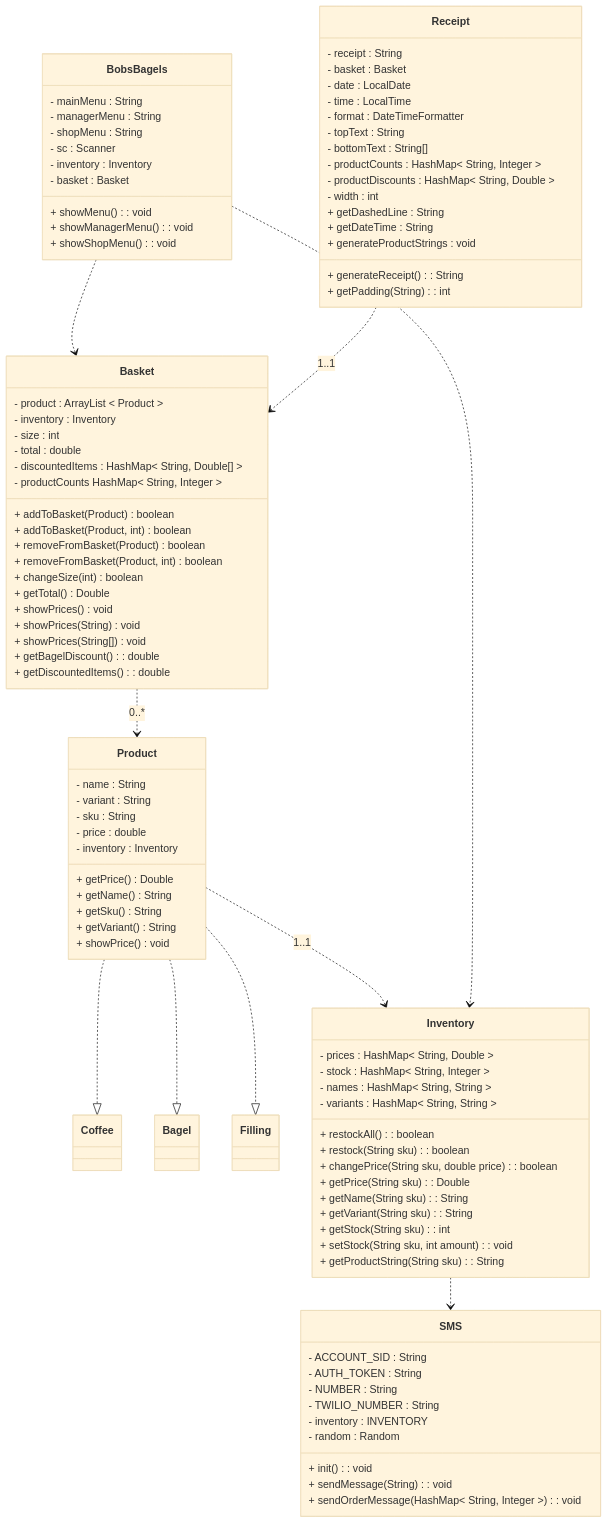
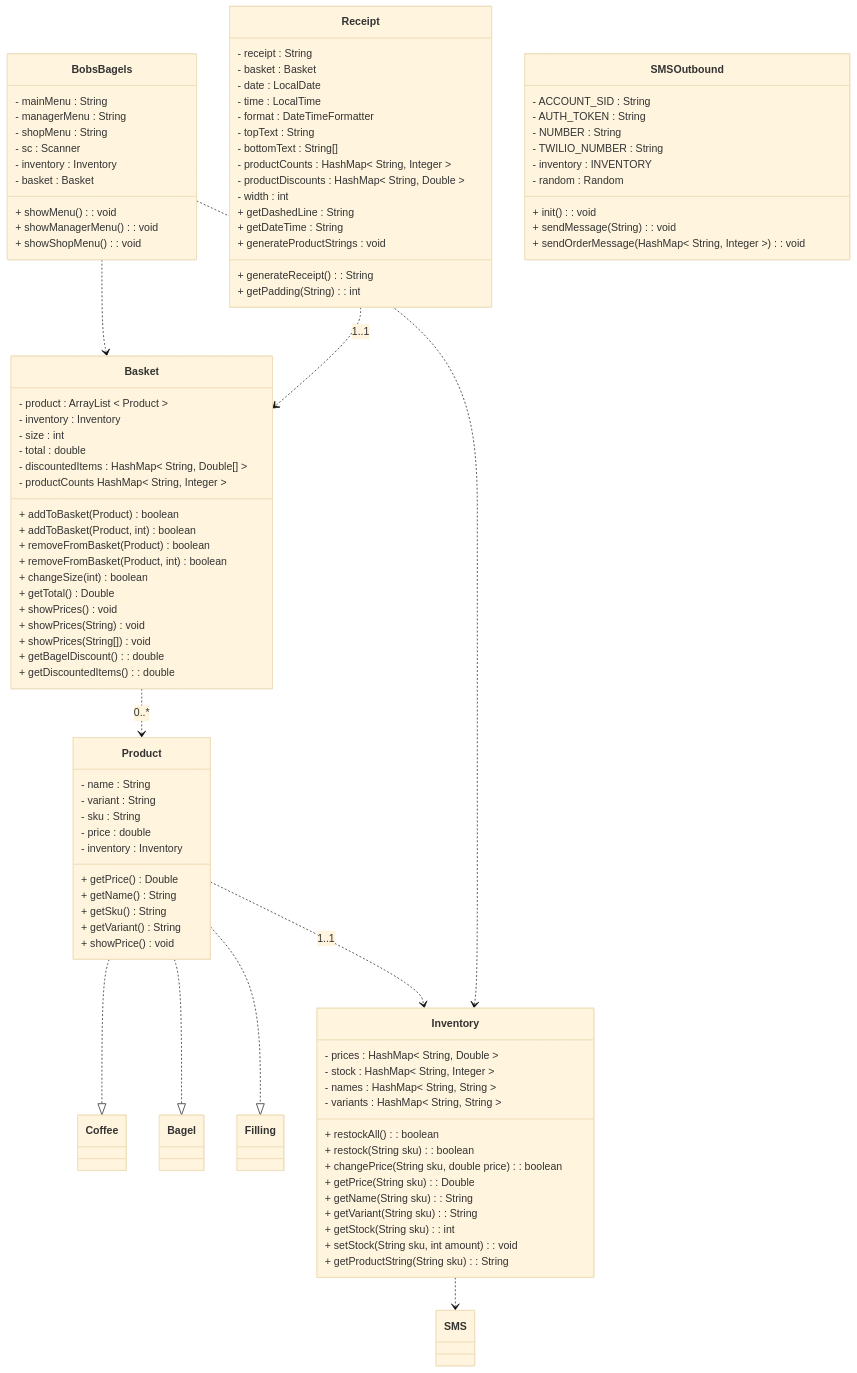
Before and after one commit to nora-hansen/java-tdd-oop-bobs-bagels: the diagram in class-diagram.md, drawn with Mermaid (base theme). The commit also changed 1 other file, not shown here.

Commit message:
Updated class diagram and domain model

```diff
--- a/class-diagram.md
+++ b/class-diagram.md
@@ -83,7 +83,7 @@
         + getDateTime : String
         + generateProductStrings : void
     }
-    class SMS{
+    class SMSOutbound{
         - ACCOUNT_SID : String
         - AUTH_TOKEN : String
         - NUMBER : String
```
